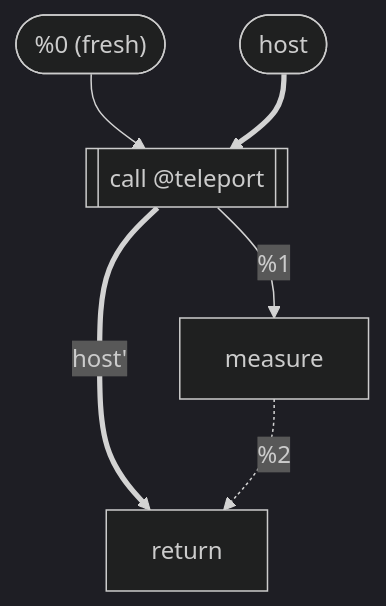
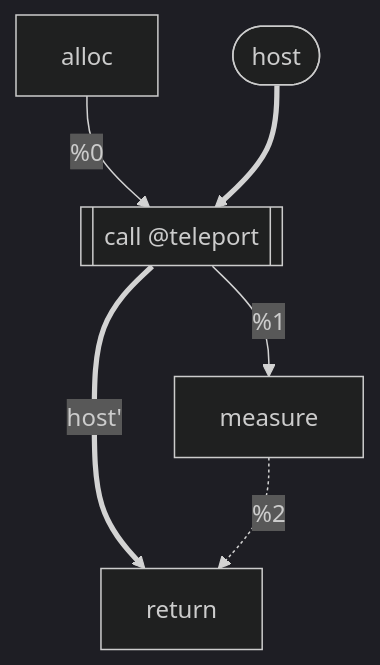
One commit to anpaz/qstack changed the second of 3 diagrams in docs/verification-design.md. Above: the diagram before and after it, drawn with Mermaid (dark theme). The commit also changed other lines of this file and 40 other files, not shown here.

````diff
--- a/docs/verification-design.md
+++ b/docs/verification-design.md
@@ -145,8 +147,8 @@
 ```mermaid
 flowchart TB
-    q0(["%0 (fresh)"]) --> tele
+    q0["alloc"] -- "%0" --> tele
     hostIn(["host"]) ==> tele
     tele[["call @teleport"]] -- "%1" --> m["measure"]
     tele == "host'" ==> ret
     m -. "%2" .-> ret["return"]
 ```
````
